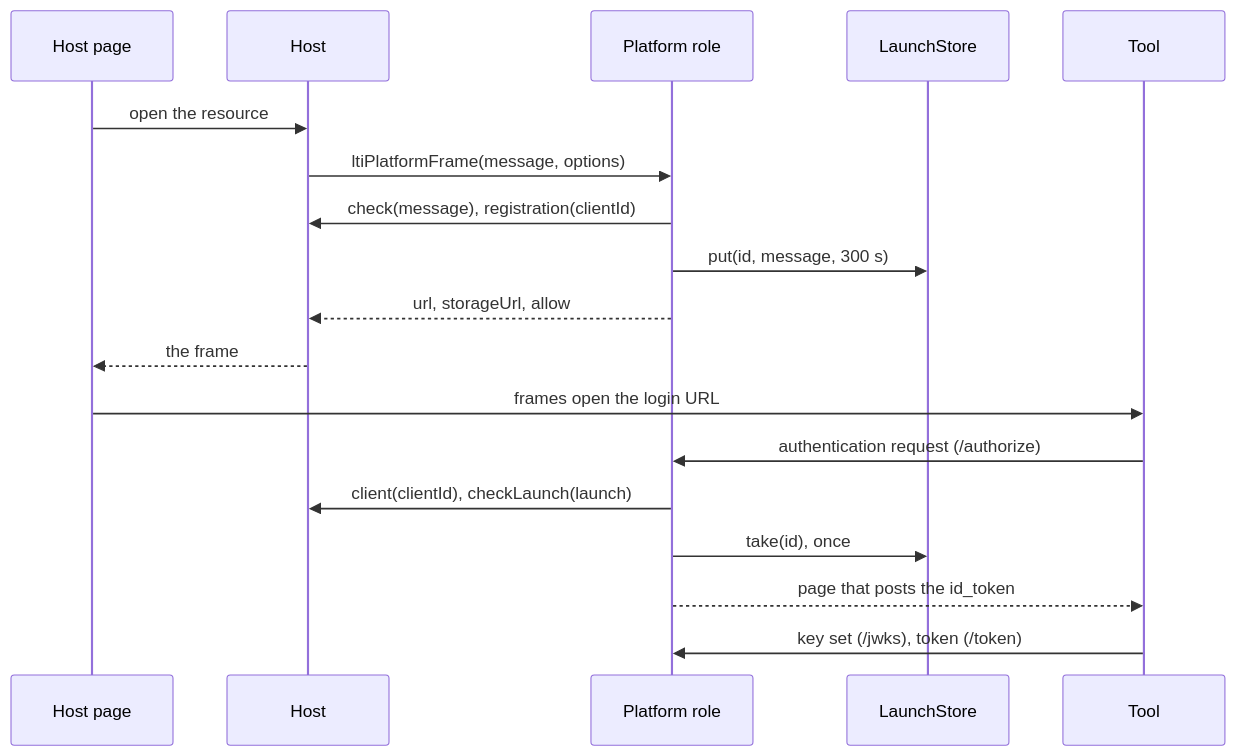
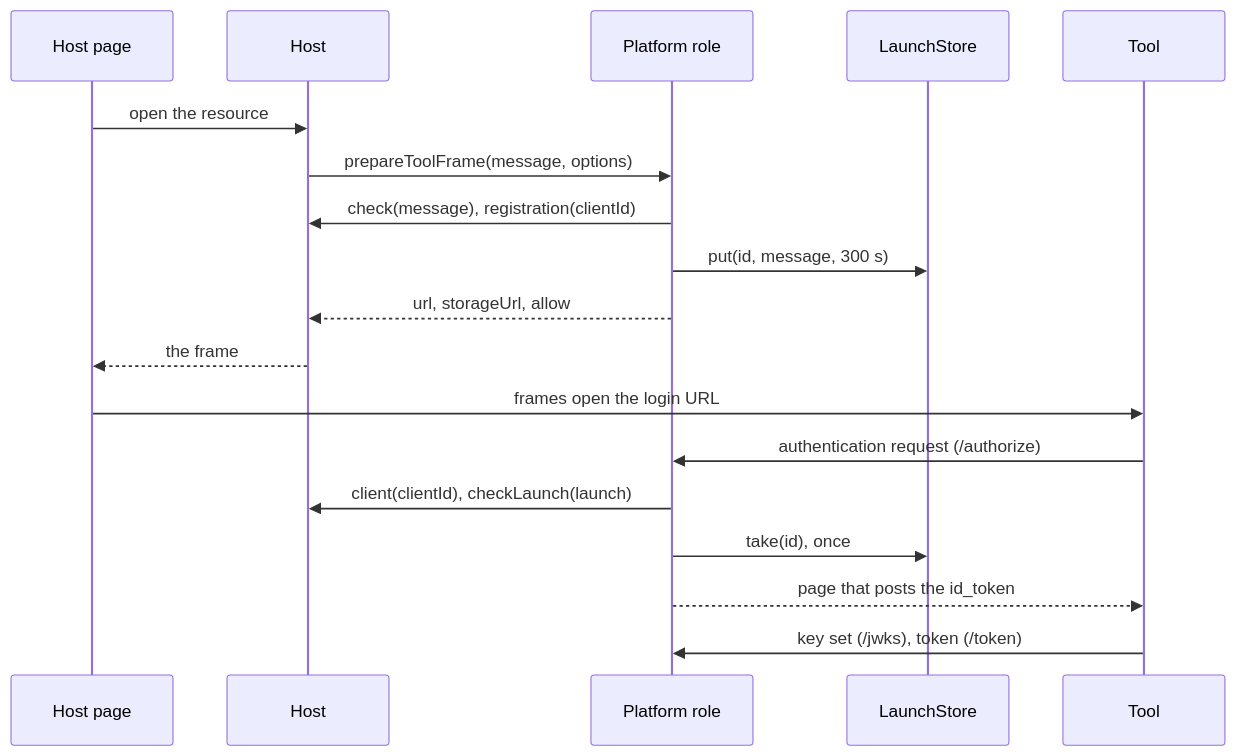
The diagram in docs/tool-integration/platform.md (interopkit/interopkit), drawn with Mermaid before and after one commit. The commit also changed other lines of this file and 368 other files, not shown here.

````diff
--- a/docs/tool-integration/platform.md
+++ b/docs/tool-integration/platform.md
@@ -12,20 +12,20 @@
 ```mermaid
 sequenceDiagram
   participant P as Host page
   participant H as Host
   participant K as Platform role
   participant S as LaunchStore
   participant T as Tool
   P->>H: open the resource
-  H->>K: ltiPlatformFrame(message, options)
+  H->>K: prepareToolFrame(message, options)
   K->>H: check(message), registration(clientId)
   K->>S: put(id, message, 300 s)
   K-->>H: url, storageUrl, allow
   H-->>P: the frame
   P->>T: frames open the login URL
   T->>K: authentication request (/authorize)
   K->>H: client(clientId), checkLaunch(launch)
   K->>S: take(id), once
   K-->>T: page that posts the id_token
   T->>K: key set (/jwks), token (/token)
 ```
````
